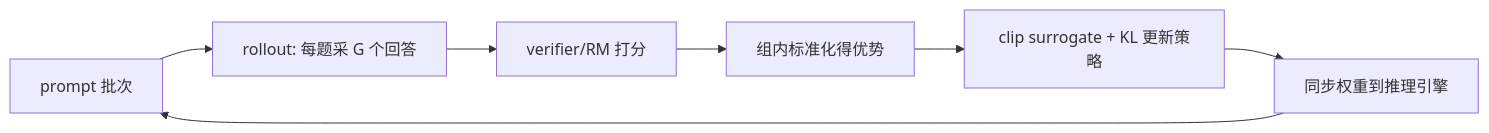
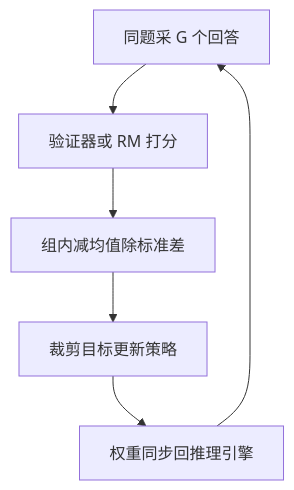
One commit to ChaoyuWang04/MockInterview changed the diagram in knowledge/03-强化学习/GRPO.md. Above: the diagram before and after it, drawn with Mermaid. The commit also changed other lines of this file and 11 other files, not shown here.

````diff
--- a/knowledge/03-强化学习/GRPO.md
+++ b/knowledge/03-强化学习/GRPO.md
@@ -56,9 +91,8 @@
 ```mermaid
-flowchart LR
-    A[prompt 批次] --> B[rollout: 每题采 G 个回答]
-    B --> C[verifier/RM 打分]
-    C --> D[组内标准化得优势]
-    D --> E[clip surrogate + KL 更新策略]
-    E --> F[同步权重到推理引擎]
-    F --> A
+flowchart TD
+    A["同题采 G 个回答"] --> B["验证器或 RM 打分"]
+    B --> C["组内减均值除标准差"]
+    C --> D["裁剪目标更新策略"]
+    D --> E["权重同步回推理引擎"]
+    E --> A
 ```
````
